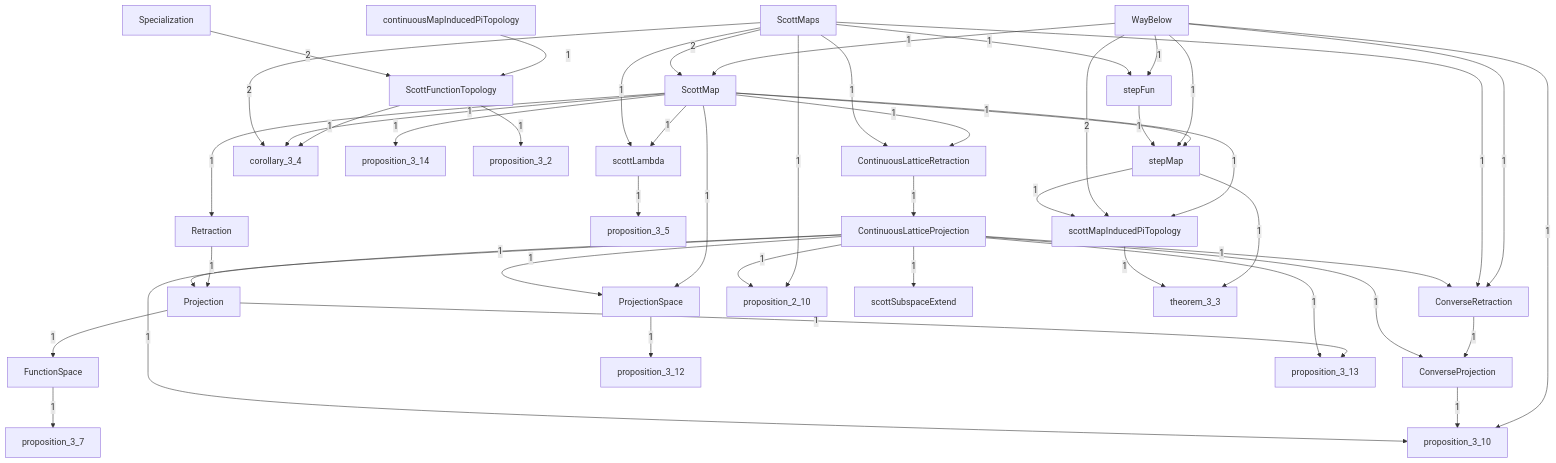
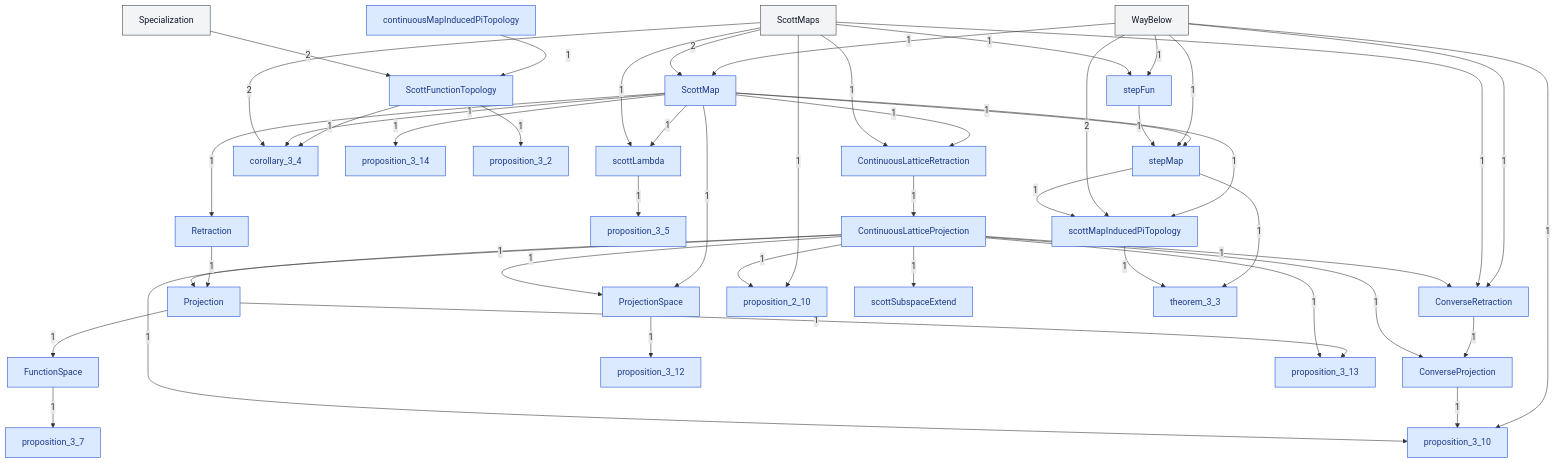
Before and after one commit to catskillsresearch/DomainTheory: the diagram in DomainTheory/ContinuousLattice/FunctionSpaces/FunctionSpaces.mermaid, drawn with Mermaid. The commit also changed 220 other files, not shown here.

```diff
--- a/DomainTheory/ContinuousLattice/FunctionSpaces/FunctionSpaces.mermaid
+++ b/DomainTheory/ContinuousLattice/FunctionSpaces/FunctionSpaces.mermaid
@@ -1,84 +1,113 @@
 %% Inside FunctionSpaces. A box is one Lean file in this folder, or one subfolder.
 %% A box named as another folder is that whole folder. A box named as another chapter is that whole chapter.
 %% The arrowhead points at the file or folder that imports. The label is how many direct imports.
 flowchart TB
 
   ContinuousLatticeProjection["ContinuousLatticeProjection"]
   ContinuousLatticeRetraction["ContinuousLatticeRetraction"]
   N13["continuousMapInducedPiTopology"]
   ConverseProjection["ConverseProjection"]
   ConverseRetraction["ConverseRetraction"]
   N158["corollary_3_4"]
   FunctionSpace["FunctionSpace"]
   Projection["Projection"]
   ProjectionSpace["ProjectionSpace"]
   N85["proposition_2_10"]
   proposition_3_10["proposition_3_10"]
   N140["proposition_3_12"]
   N77["proposition_3_13"]
   N155["proposition_3_14"]
   N122["proposition_3_2"]
   N99["proposition_3_5"]
   proposition_3_7["proposition_3_7"]
   Retraction["Retraction"]
   ScottFunctionTopology["ScottFunctionTopology"]
   N96["scottLambda"]
   N3["ScottMap"]
   N100["scottMapInducedPiTopology"]
   N0["ScottMaps"]
   N106["scottSubspaceExtend"]
   N1["Specialization"]
   N123["stepFun"]
   N127["stepMap"]
   N162["theorem_3_3"]
   N2["WayBelow"]
 
   ContinuousLatticeRetraction -->|"1"| ContinuousLatticeProjection
   N0 -->|"1"| ContinuousLatticeRetraction
   N3 -->|"1"| ContinuousLatticeRetraction
   ContinuousLatticeProjection -->|"1"| ConverseProjection
   ConverseRetraction -->|"1"| ConverseProjection
   ContinuousLatticeProjection -->|"1"| ConverseRetraction
   N0 -->|"1"| ConverseRetraction
   N2 -->|"1"| ConverseRetraction
   Projection -->|"1"| FunctionSpace
   N127 -->|"1"| N100
   N2 -->|"2"| N100
   N3 -->|"1"| N100
   ContinuousLatticeProjection -->|"1"| N106
   ScottFunctionTopology -->|"1"| N122
   N0 -->|"1"| N123
   N2 -->|"1"| N123
   N123 -->|"1"| N127
   N2 -->|"1"| N127
   N3 -->|"1"| N127
   ProjectionSpace -->|"1"| N140
   N3 -->|"1"| N155
   N0 -->|"2"| N158
   N3 -->|"1"| N158
   ScottFunctionTopology -->|"1"| N158
   N100 -->|"1"| N162
   N127 -->|"1"| N162
   N0 -->|"2"| N3
   N2 -->|"1"| N3
   ContinuousLatticeProjection -->|"1"| N77
   Projection -->|"1"| N77
   ContinuousLatticeProjection -->|"1"| N85
   N0 -->|"1"| N85
   N0 -->|"1"| N96
   N3 -->|"1"| N96
   N96 -->|"1"| N99
   ContinuousLatticeProjection -->|"1"| Projection
   Retraction -->|"1"| Projection
   ContinuousLatticeProjection -->|"1"| ProjectionSpace
   N3 -->|"1"| ProjectionSpace
   N3 -->|"1"| Retraction
   N1 -->|"2"| ScottFunctionTopology
   N13 -->|"1"| ScottFunctionTopology
   ContinuousLatticeProjection -->|"1"| proposition_3_10
   ConverseProjection -->|"1"| proposition_3_10
   N2 -->|"1"| proposition_3_10
   FunctionSpace -->|"1"| proposition_3_7
 
   classDef file fill:#dbeafe,stroke:#1d4ed8,color:#1e3a8a
   classDef ext fill:#f3f4f6,stroke:#374151,color:#111827
+  class ContinuousLatticeProjection file
+  class ContinuousLatticeRetraction file
+  class ConverseProjection file
+  class ConverseRetraction file
+  class FunctionSpace file
+  class N0 ext
+  class N1 ext
+  class N100 file
+  class N106 file
+  class N122 file
+  class N123 file
+  class N127 file
+  class N13 file
+  class N140 file
+  class N155 file
+  class N158 file
+  class N162 file
+  class N2 ext
+  class N3 file
+  class N77 file
+  class N85 file
+  class N96 file
+  class N99 file
+  class Projection file
+  class ProjectionSpace file
+  class Retraction file
+  class ScottFunctionTopology file
+  class proposition_3_10 file
+  class proposition_3_7 file
```
